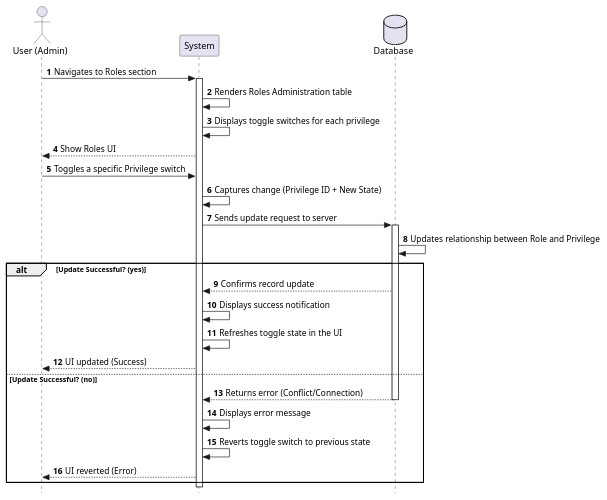
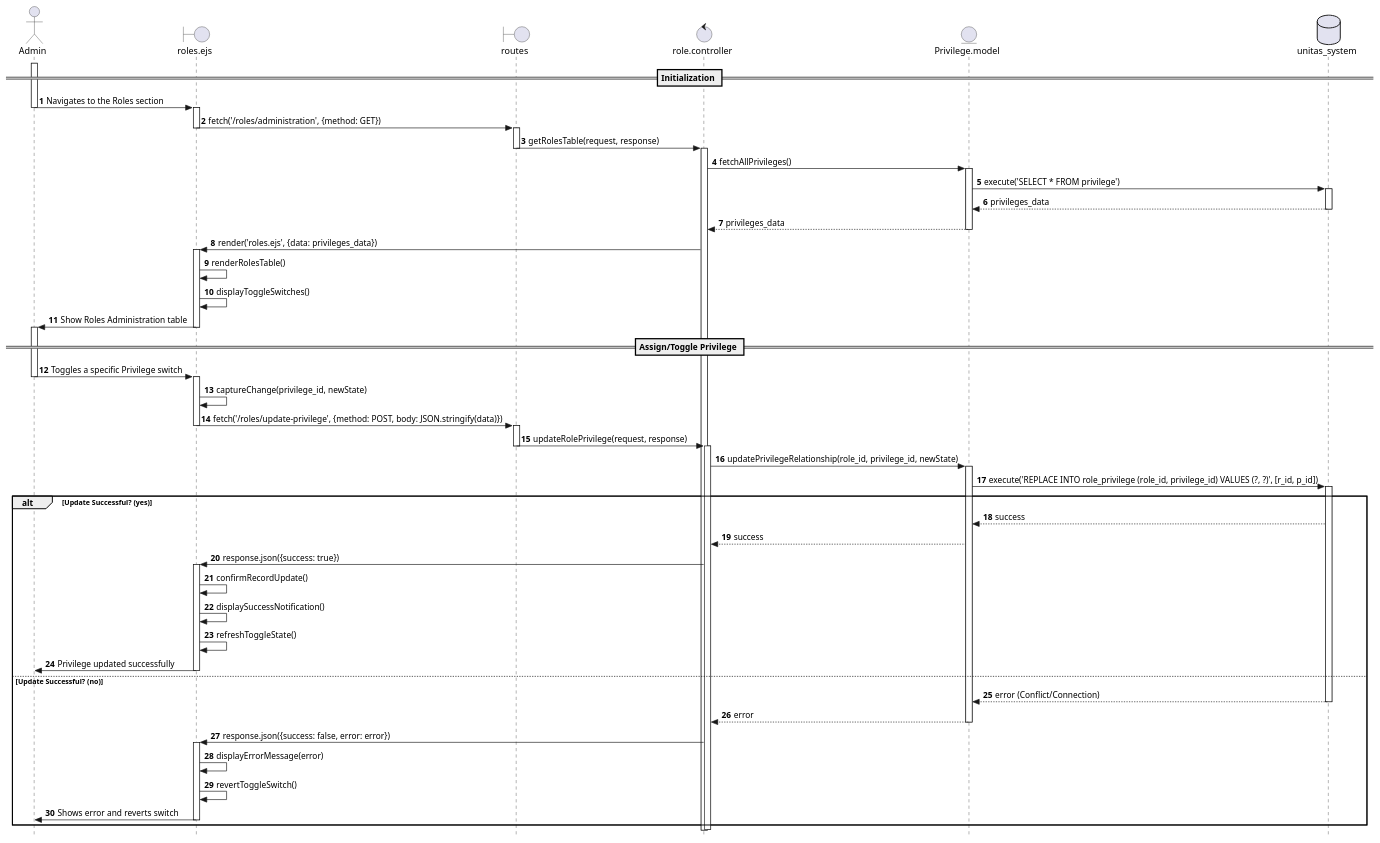
The diagram in documentation/sequence_diagrams/ADMIN-04-SD.puml (Berthou05/LimboSoftwareDevelopment_Change.org), drawn with PlantUML before and after one commit. The commit also changed 19 other files, not shown here.

Commit message:
[CHORE] moved activity diagrams to sequence_diagrams folder

```diff
--- a/documentation/sequence_diagrams/ADMIN-04-SD.puml
+++ b/documentation/sequence_diagrams/ADMIN-04-SD.puml
@@ -1,36 +1,89 @@
 @startuml
+skinparam style strictuml
+
+actor "Admin" as U
+boundary "roles.ejs" as V
+boundary "routes" as RO
+control "role.controller" as C
+entity "Privilege.model" as M
+database "unitas_system" as BD
+
 autonumber
-skinparam Style strictuml
 
-actor "User (Admin)" as Admin
-participant "System" as Sys
-database "Database" as DB
+== Initialization ==
 
-Admin -> Sys: Navigates to Roles section
-activate Sys
-Sys -> Sys: Renders Roles Administration table
-Sys -> Sys: Displays toggle switches for each privilege
-Sys --> Admin: Show Roles UI
+activate U
+U -> V: Navigates to the Roles section
+deactivate U
+activate V
+V -> RO: fetch('/roles/administration', {method: GET})
+deactivate V
 
-Admin -> Sys: Toggles a specific Privilege switch
-Sys -> Sys: Captures change (Privilege ID + New State)
-Sys -> DB: Sends update request to server
-activate DB
+activate RO
+RO -> C: getRolesTable(request, response)
+deactivate RO
 
-DB -> DB: Updates relationship between Role and Privilege
+activate C
+C -> M: fetchAllPrivileges()
+activate M
+M -> BD: execute('SELECT * FROM privilege')
+activate BD
+BD --> M: privileges_data
+deactivate BD
+M --> C: privileges_data
+deactivate M
+
+C -> V: render('roles.ejs', {data: privileges_data})
+activate V
+V -> V: renderRolesTable()
+V -> V: displayToggleSwitches()
+V -> U: Show Roles Administration table
+deactivate V
+
+== Assign/Toggle Privilege ==
+
+activate U
+U -> V: Toggles a specific Privilege switch
+deactivate U
+activate V
+V -> V: captureChange(privilege_id, newState)
+V -> RO: fetch('/roles/update-privilege', {method: POST, body: JSON.stringify(data)})
+deactivate V
+
+activate RO
+RO -> C: updateRolePrivilege(request, response)
+deactivate RO
+
+activate C
+C -> M: updatePrivilegeRelationship(role_id, privilege_id, newState)
+activate M
+M -> BD: execute('REPLACE INTO role_privilege (role_id, privilege_id) VALUES (?, ?)', [r_id, p_id])
+activate BD
 
 alt Update Successful? (yes)
-    DB --> Sys: Confirms record update
-    Sys -> Sys: Displays success notification
-    Sys -> Sys: Refreshes toggle state in the UI
-    Sys --> Admin: UI updated (Success)
+    BD --> M: success
+    M --> C: success
+    C -> V: response.json({success: true})
+    activate V
+    V -> V: confirmRecordUpdate()
+    V -> V: displaySuccessNotification()
+    V -> V: refreshToggleState()
+    V -> U: Privilege updated successfully
+    deactivate V
+    
 else Update Successful? (no)
-    DB --> Sys: Returns error (Conflict/Connection)
-    deactivate DB
-    Sys -> Sys: Displays error message
-    Sys -> Sys: Reverts toggle switch to previous state
-    Sys --> Admin: UI reverted (Error)
+    BD --> M: error (Conflict/Connection)
+    deactivate BD
+    M --> C: error
+    deactivate M
+    C -> V: response.json({success: false, error: error})
+    activate V
+    V -> V: displayErrorMessage(error)
+    V -> V: revertToggleSwitch()
+    V -> U: Shows error and reverts switch
+    deactivate V
 end
 
-deactivate Sys
+deactivate C
+
 @enduml
```
